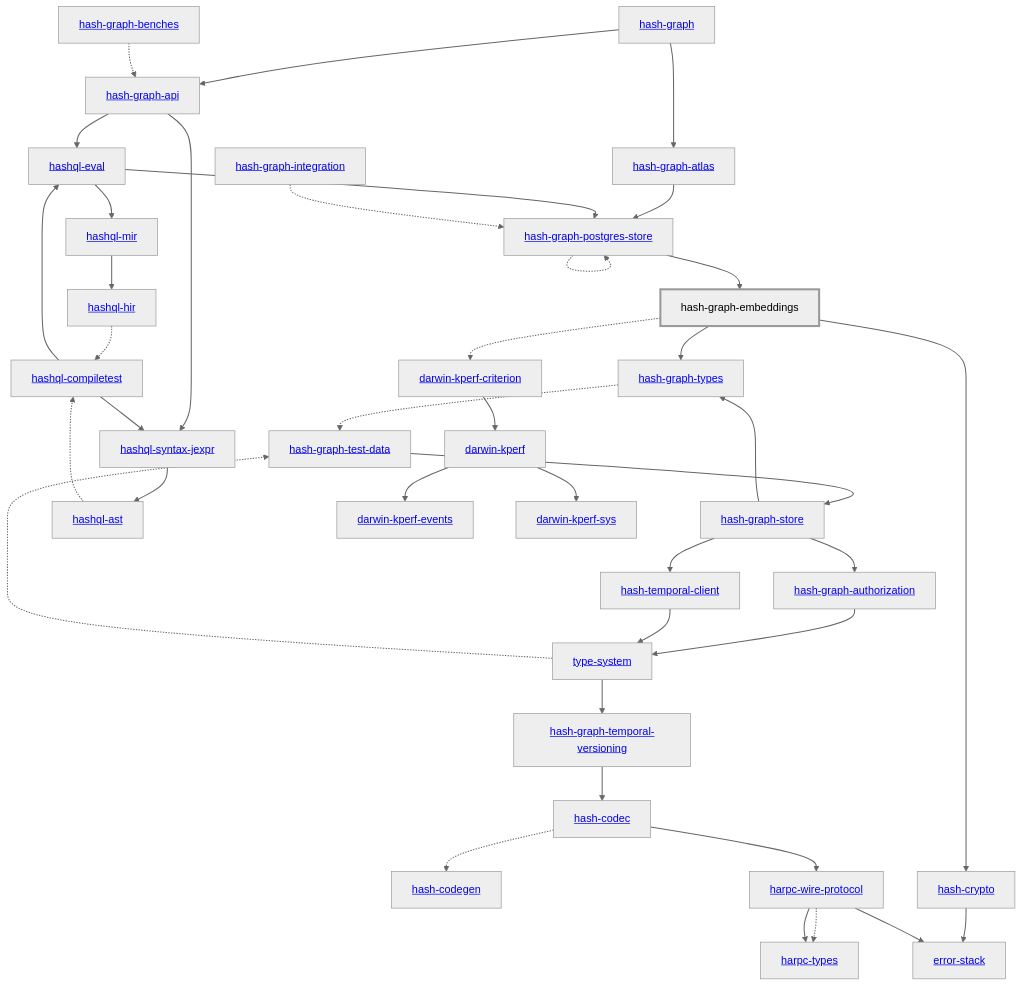
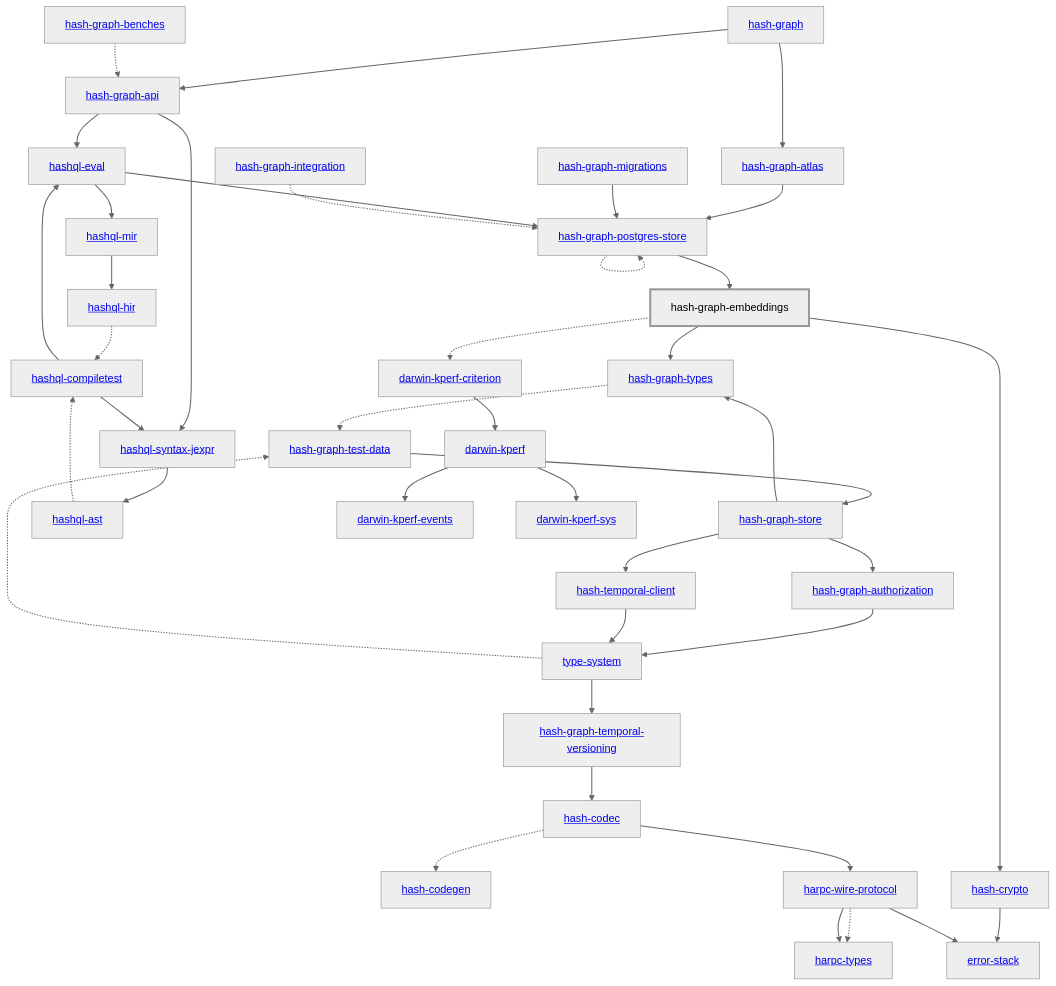
One commit to hashintel/hash changed the diagram in libs/@local/graph/embeddings/docs/dependency-diagram.mmd. Above: the diagram before and after it, drawn with Mermaid (neutral theme). The commit also changed 23 other files, not shown here.

First line of the commit message:
Connect the migrations CLI to Postgres over TLS

```diff
--- a/libs/@local/graph/embeddings/docs/dependency-diagram.mmd
+++ b/libs/@local/graph/embeddings/docs/dependency-diagram.mmd
@@ -1,80 +1,82 @@
 graph TD
     linkStyle default stroke-width:1.5px
     classDef default stroke-width:1px
     classDef root stroke-width:3px
     classDef dev stroke-width:1px
     classDef build stroke-width:1px
     %% Legend
     %% --> : Normal dependency
     %% -.-> : Dev dependency
     %% ---> : Build dependency
     0[<a href="../hash_graph/index.html">hash-graph</a>]
     1[<a href="../type_system/index.html">type-system</a>]
     2[<a href="../hash_codec/index.html">hash-codec</a>]
     3[<a href="../hash_codegen/index.html">hash-codegen</a>]
     4[<a href="../hash_crypto/index.html">hash-crypto</a>]
     5[<a href="../hash_graph_api/index.html">hash-graph-api</a>]
     6[<a href="../hash_graph_atlas/index.html">hash-graph-atlas</a>]
     7[<a href="../hash_graph_authorization/index.html">hash-graph-authorization</a>]
     8[hash-graph-embeddings]
     class 8 root
-    9[<a href="../hash_graph_postgres_store/index.html">hash-graph-postgres-store</a>]
-    10[<a href="../hash_graph_store/index.html">hash-graph-store</a>]
-    11[<a href="../hash_graph_temporal_versioning/index.html">hash-graph-temporal-versioning</a>]
-    12[<a href="../hash_graph_types/index.html">hash-graph-types</a>]
-    13[<a href="../harpc_types/index.html">harpc-types</a>]
-    14[<a href="../harpc_wire_protocol/index.html">harpc-wire-protocol</a>]
-    15[<a href="../hashql_ast/index.html">hashql-ast</a>]
-    16[<a href="../hashql_compiletest/index.html">hashql-compiletest</a>]
-    17[<a href="../hashql_eval/index.html">hashql-eval</a>]
-    18[<a href="../hashql_hir/index.html">hashql-hir</a>]
-    19[<a href="../hashql_mir/index.html">hashql-mir</a>]
-    20[<a href="../hashql_syntax_jexpr/index.html">hashql-syntax-jexpr</a>]
-    21[<a href="../hash_temporal_client/index.html">hash-temporal-client</a>]
-    22[<a href="../darwin_kperf/index.html">darwin-kperf</a>]
-    23[<a href="../darwin_kperf_criterion/index.html">darwin-kperf-criterion</a>]
-    24[<a href="../darwin_kperf_events/index.html">darwin-kperf-events</a>]
-    25[<a href="../darwin_kperf_sys/index.html">darwin-kperf-sys</a>]
-    26[<a href="../error_stack/index.html">error-stack</a>]
-    27[<a href="../hash_graph_benches/index.html">hash-graph-benches</a>]
-    28[<a href="../hash_graph_integration/index.html">hash-graph-integration</a>]
-    29[<a href="../hash_graph_test_data/index.html">hash-graph-test-data</a>]
+    9[<a href="../hash_graph_migrations/index.html">hash-graph-migrations</a>]
+    10[<a href="../hash_graph_postgres_store/index.html">hash-graph-postgres-store</a>]
+    11[<a href="../hash_graph_store/index.html">hash-graph-store</a>]
+    12[<a href="../hash_graph_temporal_versioning/index.html">hash-graph-temporal-versioning</a>]
+    13[<a href="../hash_graph_types/index.html">hash-graph-types</a>]
+    14[<a href="../harpc_types/index.html">harpc-types</a>]
+    15[<a href="../harpc_wire_protocol/index.html">harpc-wire-protocol</a>]
+    16[<a href="../hashql_ast/index.html">hashql-ast</a>]
+    17[<a href="../hashql_compiletest/index.html">hashql-compiletest</a>]
+    18[<a href="../hashql_eval/index.html">hashql-eval</a>]
+    19[<a href="../hashql_hir/index.html">hashql-hir</a>]
+    20[<a href="../hashql_mir/index.html">hashql-mir</a>]
+    21[<a href="../hashql_syntax_jexpr/index.html">hashql-syntax-jexpr</a>]
+    22[<a href="../hash_temporal_client/index.html">hash-temporal-client</a>]
+    23[<a href="../darwin_kperf/index.html">darwin-kperf</a>]
+    24[<a href="../darwin_kperf_criterion/index.html">darwin-kperf-criterion</a>]
+    25[<a href="../darwin_kperf_events/index.html">darwin-kperf-events</a>]
+    26[<a href="../darwin_kperf_sys/index.html">darwin-kperf-sys</a>]
+    27[<a href="../error_stack/index.html">error-stack</a>]
+    28[<a href="../hash_graph_benches/index.html">hash-graph-benches</a>]
+    29[<a href="../hash_graph_integration/index.html">hash-graph-integration</a>]
+    30[<a href="../hash_graph_test_data/index.html">hash-graph-test-data</a>]
     0 --> 5
     0 --> 6
-    1 --> 11
-    1 -.-> 29
+    1 --> 12
+    1 -.-> 30
     2 -.-> 3
-    2 --> 14
-    4 --> 26
-    5 --> 17
-    5 --> 20
-    6 --> 9
+    2 --> 15
+    4 --> 27
+    5 --> 18
+    5 --> 21
+    6 --> 10
     7 --> 1
     8 --> 4
-    8 --> 12
-    8 -.-> 23
-    9 --> 8
-    9 -.-> 9
-    10 --> 7
-    10 --> 12
-    10 --> 21
-    11 --> 2
-    12 -.-> 29
-    14 -.-> 13
-    14 --> 13
-    14 --> 26
-    15 -.-> 16
-    16 --> 17
-    16 --> 20
-    17 --> 9
-    17 --> 19
-    18 -.-> 16
-    19 --> 18
-    20 --> 15
-    21 --> 1
-    22 --> 24
-    22 --> 25
-    23 --> 22
-    27 -.-> 5
-    28 -.-> 9
-    29 --> 10
+    8 --> 13
+    8 -.-> 24
+    9 --> 10
+    10 --> 8
+    10 -.-> 10
+    11 --> 7
+    11 --> 13
+    11 --> 22
+    12 --> 2
+    13 -.-> 30
+    15 -.-> 14
+    15 --> 14
+    15 --> 27
+    16 -.-> 17
+    17 --> 18
+    17 --> 21
+    18 --> 10
+    18 --> 20
+    19 -.-> 17
+    20 --> 19
+    21 --> 16
+    22 --> 1
+    23 --> 25
+    23 --> 26
+    24 --> 23
+    28 -.-> 5
+    29 -.-> 10
+    30 --> 11
```
